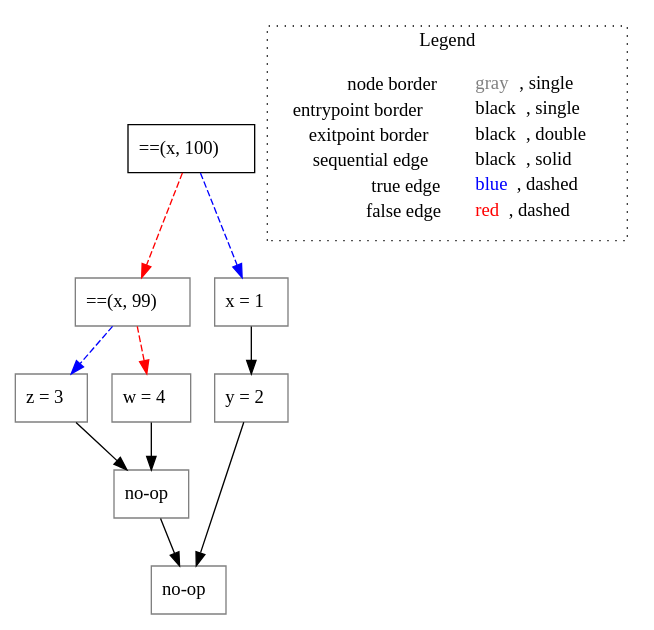
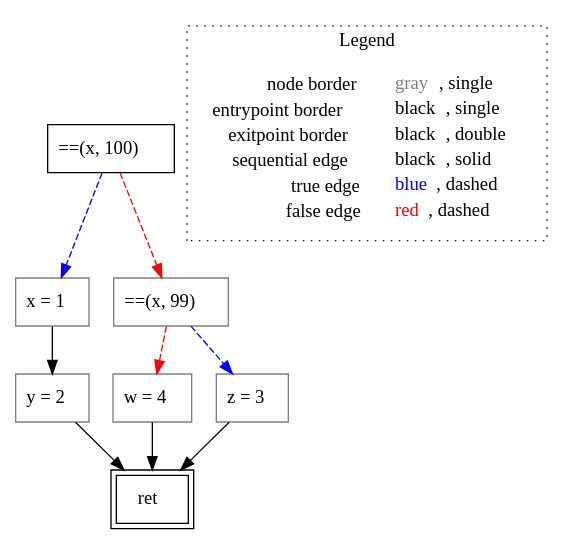
Before and after one commit to lisa-analyzer/go-lisa: the diagram in go-lisa/test-outputs/cfg/if/untyped_~LiSAProgram.elseIf().dot, drawn with Graphviz. The commit also changed 27 other files, not shown here.

```diff
--- a/go-lisa/test-outputs/cfg/if/untyped_~LiSAProgram.elseIf().dot
+++ b/go-lisa/test-outputs/cfg/if/untyped_~LiSAProgram.elseIf().dot
@@ -1,26 +1,24 @@
 digraph {
 	"node0" [shape="rect",color="black",label=<==(x, 100)>];
-	"node1" [shape="rect",color="gray",label=<==(x, 99)>];
-	"node2" [shape="rect",color="gray",label=<z = 3>];
-	"node3" [shape="rect",color="gray",label=<y = 2>];
-	"node4" [shape="rect",color="gray",label=<w = 4>];
-	"node5" [shape="rect",color="gray",label=<no-op>];
-	"node6" [shape="rect",color="gray",label=<no-op>];
-	"node7" [shape="rect",color="gray",label=<x = 1>];
-	"node1" -> "node2" [color="blue",style="dashed"];
-	"node1" -> "node4" [color="red",style="dashed"];
-	"node2" -> "node6" [color="black"];
-	"node3" -> "node5" [color="black"];
-	"node4" -> "node6" [color="black"];
-	"node0" -> "node1" [color="red",style="dashed"];
-	"node0" -> "node7" [color="blue",style="dashed"];
-	"node6" -> "node5" [color="black"];
-	"node7" -> "node3" [color="black"];
+	"node1" [shape="rect",color="gray",label=<x = 1>];
+	"node2" [shape="rect",color="black",peripheries="2",label=<ret>];
+	"node3" [shape="rect",color="gray",label=<w = 4>];
+	"node4" [shape="rect",color="gray",label=<z = 3>];
+	"node5" [shape="rect",color="gray",label=<y = 2>];
+	"node6" [shape="rect",color="gray",label=<==(x, 99)>];
+	"node1" -> "node5" [color="black"];
+	"node3" -> "node2" [color="black"];
+	"node4" -> "node2" [color="black"];
+	"node0" -> "node1" [color="blue",style="dashed"];
+	"node0" -> "node6" [color="red",style="dashed"];
+	"node5" -> "node2" [color="black"];
+	"node6" -> "node3" [color="red",style="dashed"];
+	"node6" -> "node4" [color="blue",style="dashed"];
 subgraph cluster_legend {
 	label="Legend";
 	style=dotted;
 	node [shape=plaintext];
 	"legend" [label=<<table border="0" cellpadding="2" cellspacing="0" cellborder="0"><tr><td align="right">node border&nbsp;</td><td align="left"><font color="gray">gray</font>, single</td></tr><tr><td align="right">entrypoint border&nbsp;</td><td align="left"><font color="black">black</font>, single</td></tr><tr><td align="right">exitpoint border&nbsp;</td><td align="left"><font color="black">black</font>, double</td></tr><tr><td align="right">sequential edge&nbsp;</td><td align="left"><font color="black">black</font>, solid</td></tr><tr><td align="right">true edge&nbsp;</td><td align="left"><font color="blue">blue</font>, dashed</td></tr><tr><td align="right">false edge&nbsp;</td><td align="left"><font color="red">red</font>, dashed</td></tr></table>>];
 }
 
 }
```
